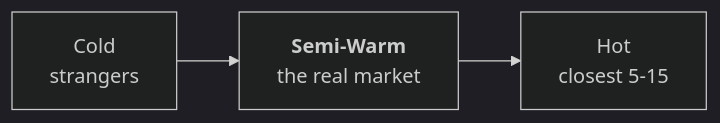
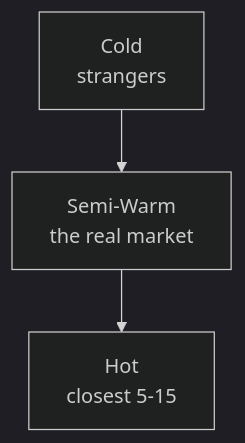
The first of 4 diagrams in docs/first-60-days/week-7/day-39.md (leotansingapore/aia-product-compass-hub), drawn with Mermaid (dark theme) before and after one commit. The commit also changed other lines of this file and 56 other files, not shown here.

Commit message:
Readability pass across first-60-days: styled HTML to tables/diagrams, cleaner formatting, no leaked metadata

````diff
--- a/docs/first-60-days/week-7/day-39.md
+++ b/docs/first-60-days/week-7/day-39.md
@@ -86,4 +86,5 @@
 ```mermaid
-flowchart LR
-    COLD["Cold<br/>strangers"] --> SEMIWARM["<b>Semi-Warm</b><br/>the real market"] --> HOT["Hot<br/>closest 5-15"]
+flowchart TD
+    COLD["Cold<br/>strangers"] --> SEMIWARM["Semi-Warm<br/>the real market"]
+    SEMIWARM --> HOT["Hot<br/>closest 5-15"]
 ```
````
